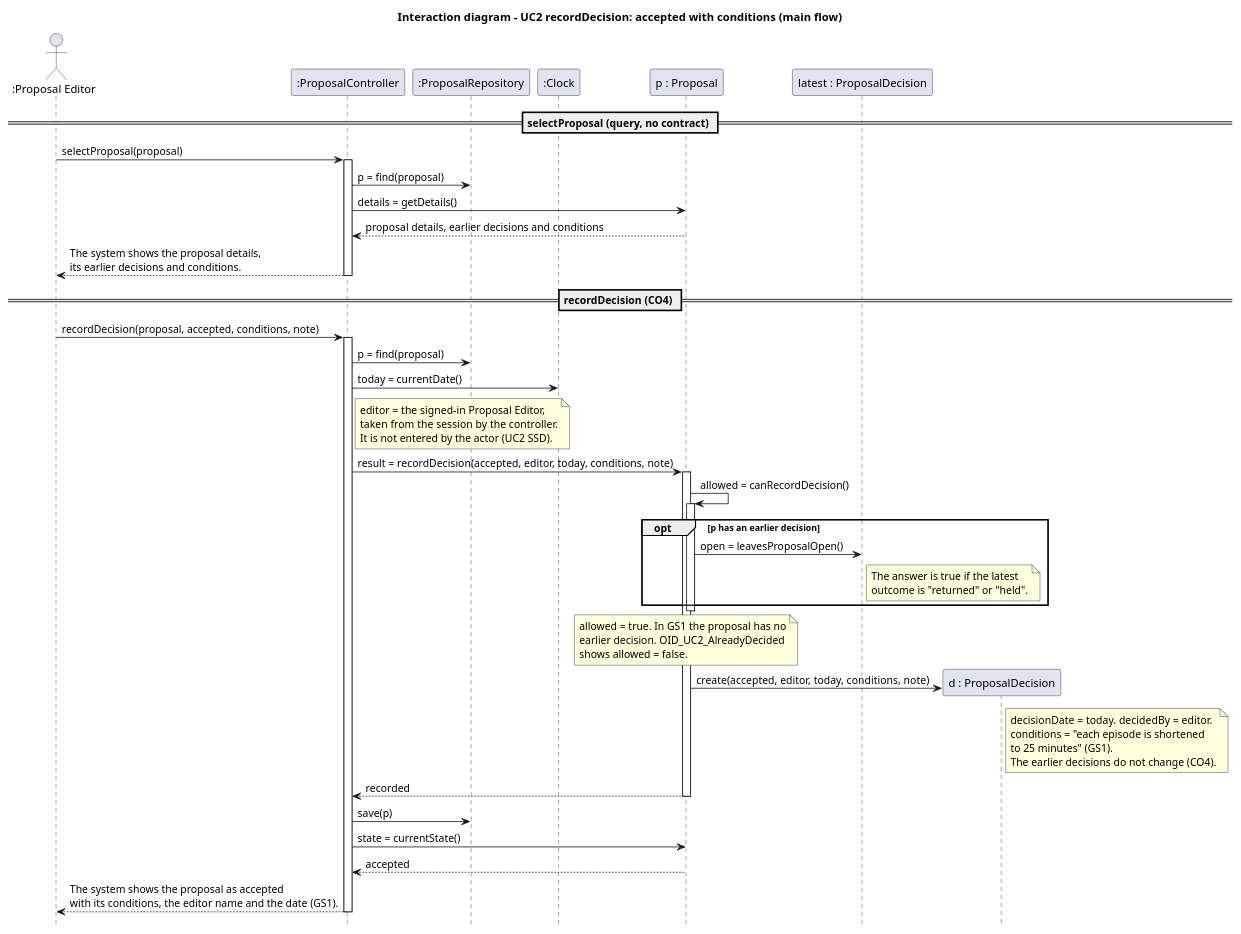
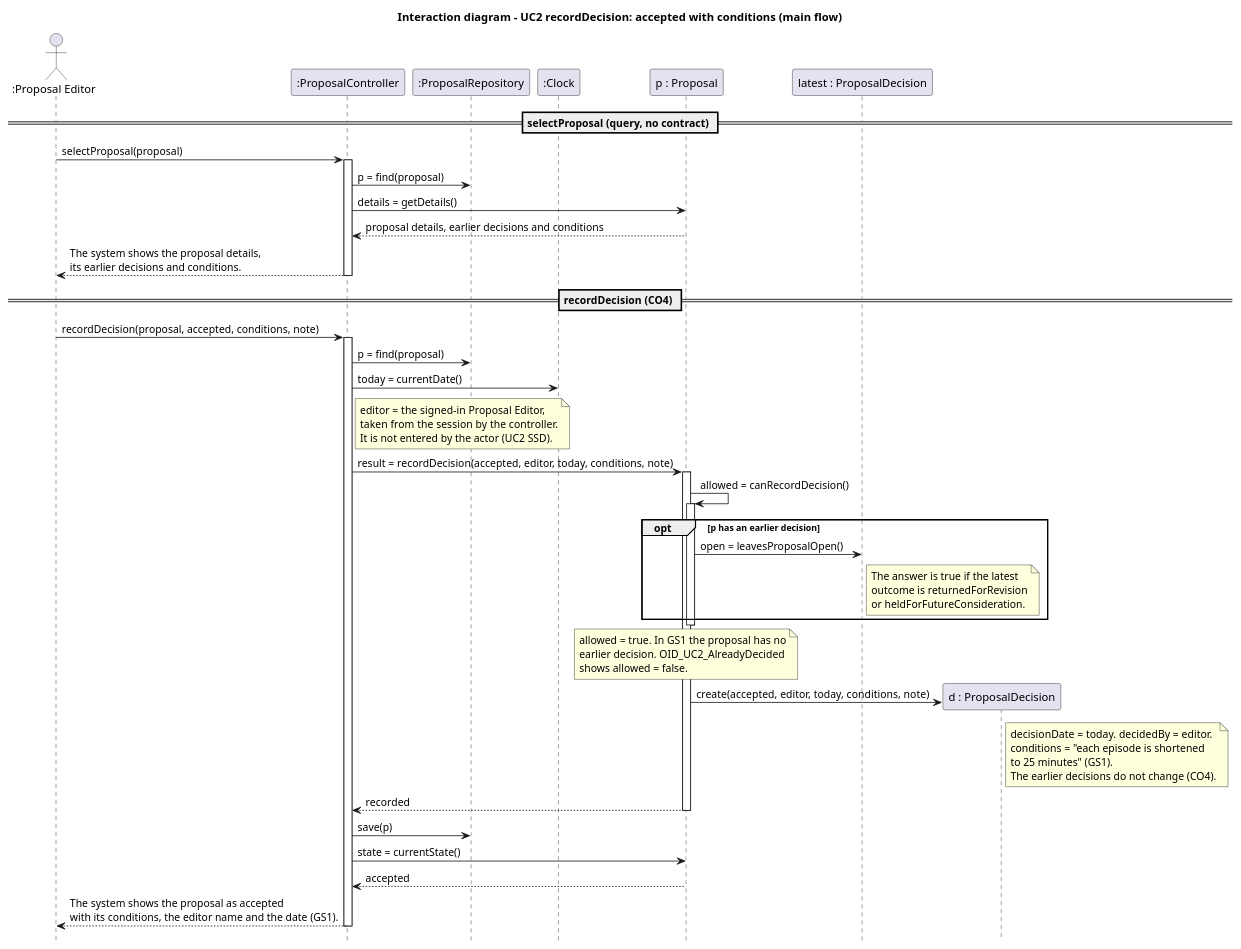
One commit to Rani-Wheeza/Local-Podcast-Production-Service changed the diagram in CA 2/Diagrams/Object_Interaction_Diagrams/OID_UC2_Accepted.puml. Above: the diagram before and after it, drawn with PlantUML. The commit also changed 3 other files, not shown here.

```diff
--- a/CA 2/Diagrams/Object_Interaction_Diagrams/OID_UC2_Accepted.puml
+++ b/CA 2/Diagrams/Object_Interaction_Diagrams/OID_UC2_Accepted.puml
@@ -1,61 +1,61 @@
 @startuml OID_UC2_Accepted
 title Interaction diagram - UC2 recordDecision: accepted with conditions (main flow)
 hide footbox
 
 ' Section A, UC2 main flow (Rani). This diagram agrees with CO4, the Section A CRC cards (#28),
 ' GRASP (#32), the UC2 SSD (#21) and the alternative-flow diagrams (#37).
 ' Scenario: GS1 Proposal accepted with a condition
 actor ":Proposal Editor" as PE
 participant ":ProposalController" as PCtl
 participant ":ProposalRepository" as Repo
 participant ":Clock" as Clk
 participant "p : Proposal" as P
 participant "latest : ProposalDecision" as L
 participant "d : ProposalDecision" as D
 
 == selectProposal (query, no contract) ==
 
 PE -> PCtl : selectProposal(proposal)
 activate PCtl
 PCtl -> Repo : p = find(proposal)
 PCtl -> P : details = getDetails()
 P --> PCtl : proposal details, earlier decisions and conditions
 PCtl --> PE : The system shows the proposal details,\nits earlier decisions and conditions.
 deactivate PCtl
 
 == recordDecision (CO4) ==
 
 PE -> PCtl : recordDecision(proposal, accepted, conditions, note)
 activate PCtl
 PCtl -> Repo : p = find(proposal)
 PCtl -> Clk : today = currentDate()
 note right of PCtl
   editor = the signed-in Proposal Editor,
   taken from the session by the controller.
   It is not entered by the actor (UC2 SSD).
 end note
 PCtl -> P : result = recordDecision(accepted, editor, today, conditions, note)
 activate P
 P -> P : allowed = canRecordDecision()
 activate P
 opt p has an earlier decision
   P -> L : open = leavesProposalOpen()
-  note right of L : The answer is true if the latest\noutcome is "returned" or "held".
+  note right of L : The answer is true if the latest\noutcome is returnedForRevision\nor heldForFutureConsideration.
 end
 deactivate P
 note over P : allowed = true. In GS1 the proposal has no\nearlier decision. OID_UC2_AlreadyDecided\nshows allowed = false.
 P -> D ** : create(accepted, editor, today, conditions, note)
 note right of D
   decisionDate = today. decidedBy = editor.
   conditions = "each episode is shortened
   to 25 minutes" (GS1).
   The earlier decisions do not change (CO4).
 end note
 P --> PCtl : recorded
 deactivate P
 PCtl -> Repo : save(p)
 PCtl -> P : state = currentState()
 P --> PCtl : accepted
 PCtl --> PE : The system shows the proposal as accepted\nwith its conditions, the editor name and the date (GS1).
 deactivate PCtl
 @enduml
```
